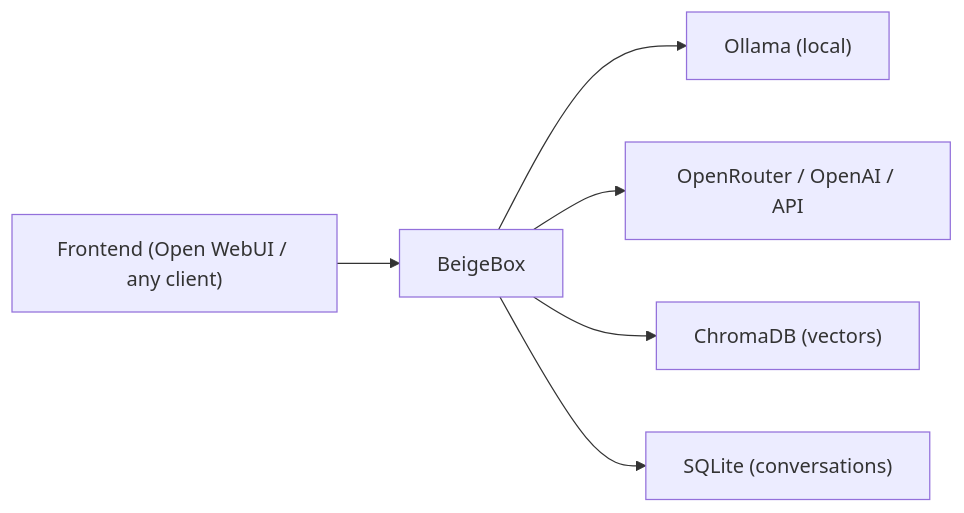
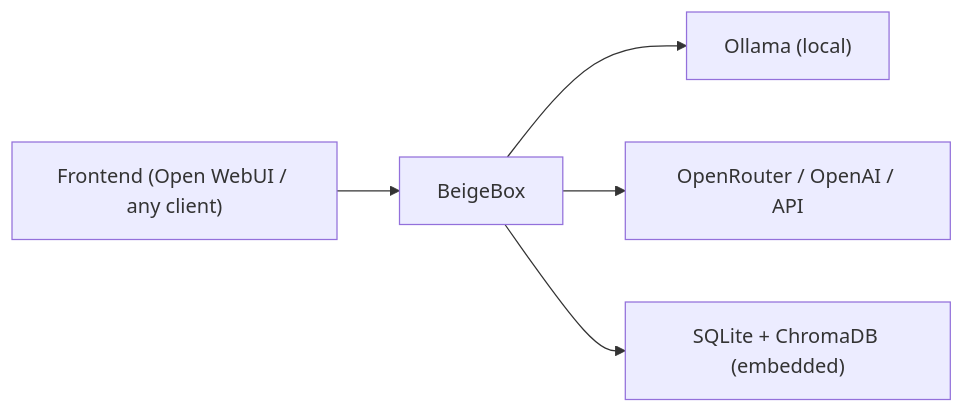
The diagram in README.md (RALaBarge/beigebox), drawn with Mermaid before and after one commit. The commit also changed other lines of this file and 8 other files, not shown here.

````diff
--- a/README.md
+++ b/README.md
@@ -7,15 +7,13 @@
 ```mermaid
 flowchart LR
   FE["Frontend (Open WebUI / any client)"]
   BB["BeigeBox"]
   LM["Ollama (local)"]
   EP["OpenRouter / OpenAI / API"]
-  VS["ChromaDB (vectors)"]
-  DB["SQLite (conversations)"]
+  DB["SQLite + ChromaDB (embedded)"]
 
   FE --> BB
   BB --> LM
   BB --> EP
-  BB --> VS
   BB --> DB
 ```
````
